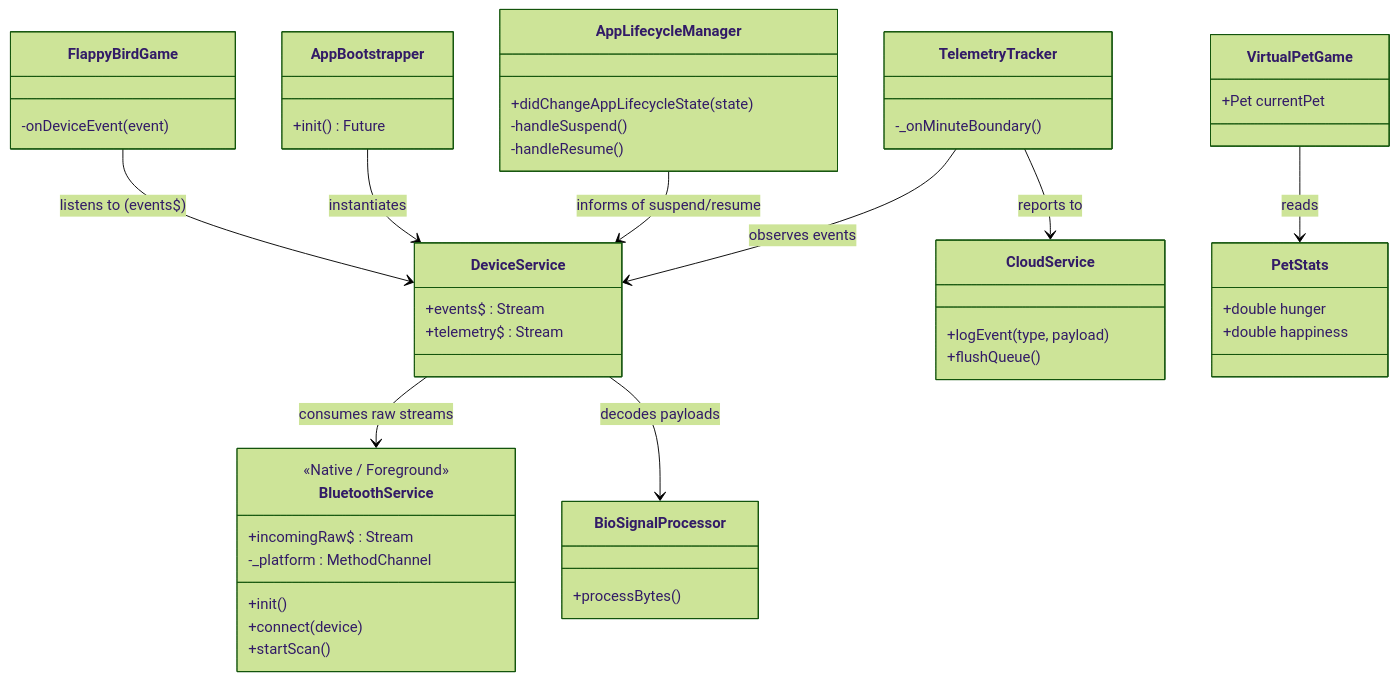
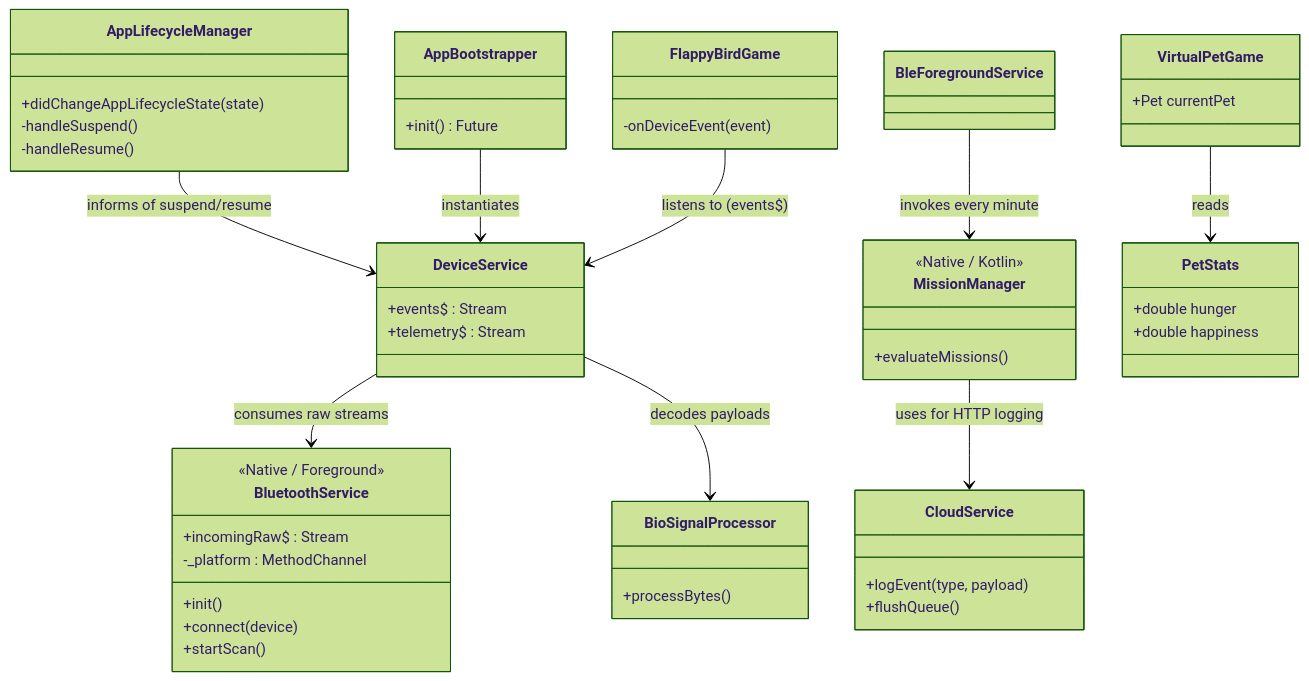
The diagram in docs/architecture.md (StrawberryFrappe/Therapets), drawn with Mermaid (forest theme) before and after one commit.

Commit message:
docs(arch): update architecture diagram with native mission sync

````diff
--- a/docs/architecture.md
+++ b/docs/architecture.md
@@ -7,64 +7,65 @@
 ```mermaid
 classDiagram
     %% Core Bootstrapping & Lifecycle
     class AppBootstrapper {
         +init() Future<BootstrapResult>
     }
     class AppLifecycleManager {
         +didChangeAppLifecycleState(state)
         -handleSuspend()
         -handleResume()
     }
     
     %% Service Layer (Hardware & Data)
     class BluetoothService {
         <<Native / Foreground>>
         +init()
         +connect(device)
         +startScan()
         +incomingRaw$ : Stream
         -_platform : MethodChannel
     }
 
     class DeviceService {
         +events$ : Stream<DeviceEvent>
         +telemetry$ : Stream<TelemetryData>
     }
 
     class BioSignalProcessor {
         +processBytes()
     }
 
     class CloudService {
         +logEvent(type, payload)
         +flushQueue()
     }
     
-    class TelemetryTracker {
-        -_onMinuteBoundary()
+    class MissionManager {
+        <<Native / Kotlin>>
+        +evaluateMissions()
     }
 
     %% Service Relationships
     DeviceService --> BluetoothService : consumes raw streams
     DeviceService --> BioSignalProcessor : decodes payloads
-    TelemetryTracker --> DeviceService : observes events
-    TelemetryTracker --> CloudService : reports to
+    BleForegroundService --> MissionManager : invokes every minute
+    MissionManager --> CloudService : uses for HTTP logging
 
     %% Game Layer
     class VirtualPetGame {
         +Pet currentPet
     }
     class PetStats {
         +double hunger
         +double happiness
     }
     class FlappyBirdGame {
         -onDeviceEvent(event)
     }
 
     %% App Structure
     AppLifecycleManager --> DeviceService : informs of suspend/resume
     AppBootstrapper --> DeviceService : instantiates
     VirtualPetGame --> PetStats : reads
     FlappyBirdGame --> DeviceService : listens to (events$)
 ```
````
